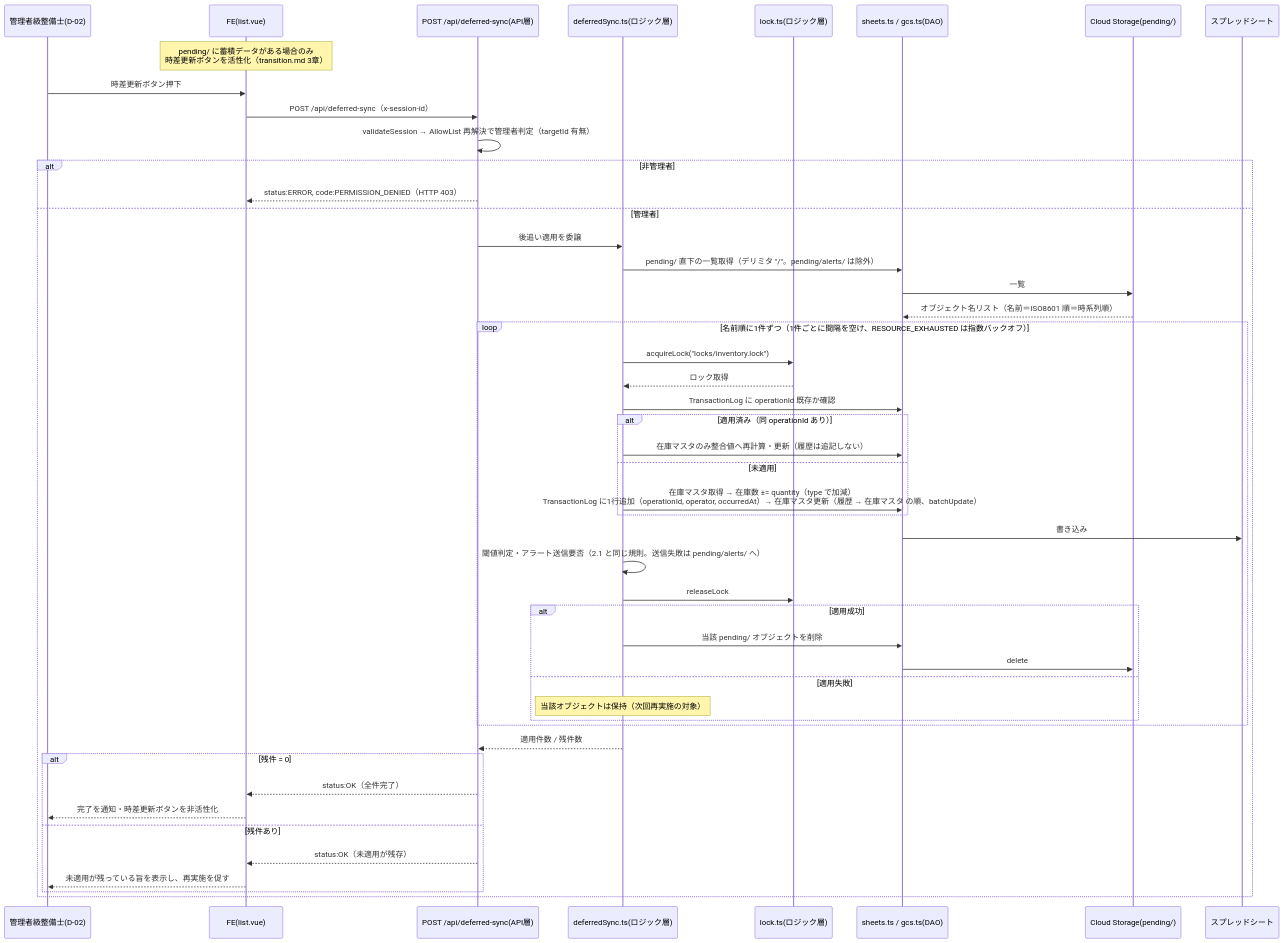
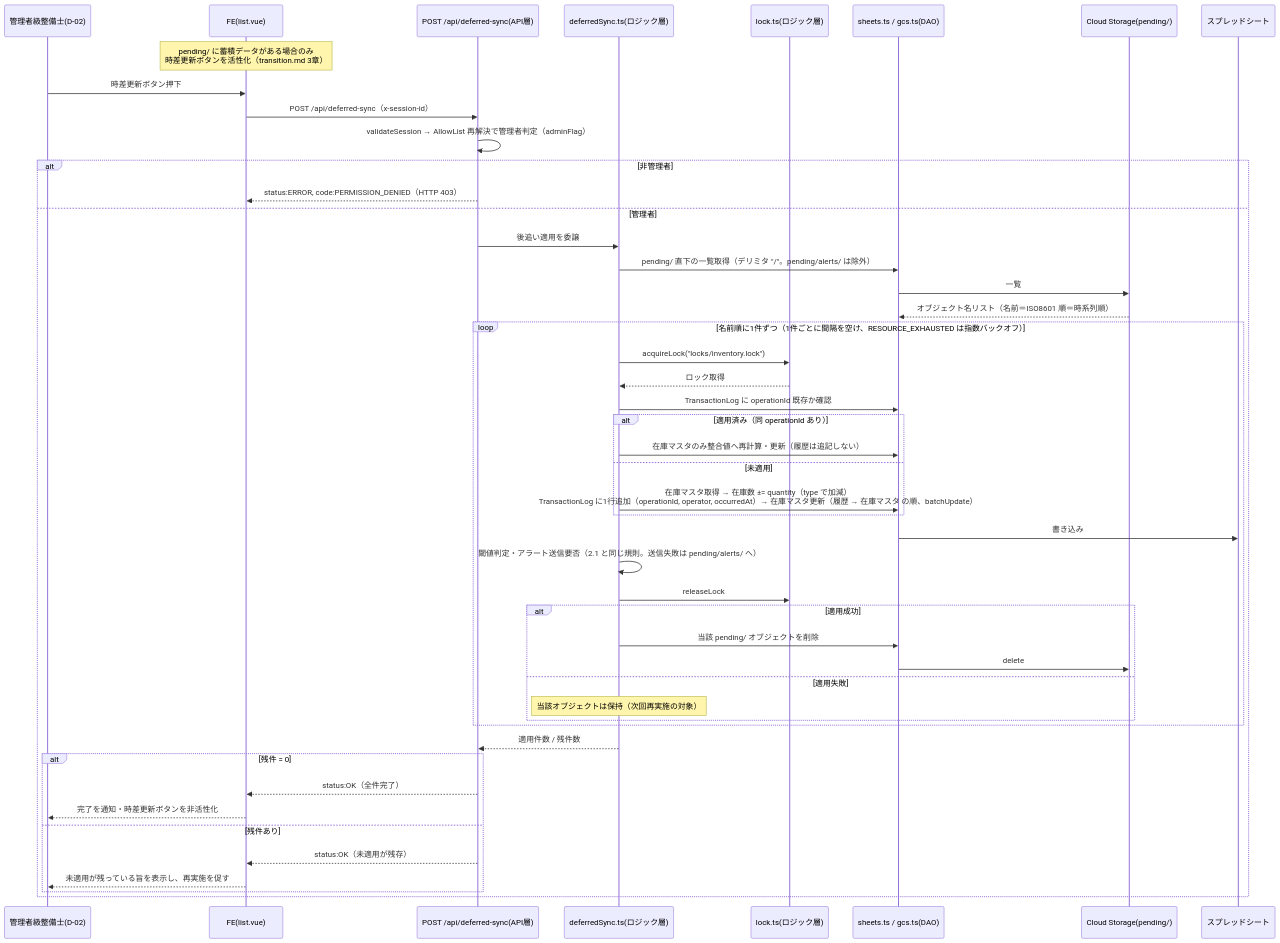
The fourth of 6 diagrams in docs/architecture/sequence.md (shinichi-yoshida-16/inventory_system_v2), drawn with Mermaid before and after one commit. The commit also changed other lines of this file and 5 other files, not shown here.

````diff
--- a/docs/architecture/sequence.md
+++ b/docs/architecture/sequence.md
@@ -276,51 +276,51 @@
 ```mermaid
 sequenceDiagram
     participant Adm as 管理者級整備士(D-02)
     participant FE as FE(list.vue)
     participant API as POST /api/deferred-sync(API層)
     participant Sync as deferredSync.ts(ロジック層)
     participant Lock as lock.ts(ロジック層)
     participant DAO as sheets.ts / gcs.ts(DAO)
     participant GCS as Cloud Storage(pending/)
     participant SS as スプレッドシート
 
     Note over FE: pending/ に蓄積データがある場合のみ<br/>時差更新ボタンを活性化（transition.md 3章）
     Adm->>FE: 時差更新ボタン押下
     FE->>API: POST /api/deferred-sync（x-session-id）
-    API->>API: validateSession → AllowList 再解決で管理者判定（targetId 有無）
+    API->>API: validateSession → AllowList 再解決で管理者判定（adminFlag）
     alt 非管理者
         API-->>FE: status:ERROR, code:PERMISSION_DENIED（HTTP 403）
     else 管理者
         API->>Sync: 後追い適用を委譲
         Sync->>DAO: pending/ 直下の一覧取得（デリミタ "/"。pending/alerts/ は除外）
         DAO->>GCS: 一覧
         GCS-->>DAO: オブジェクト名リスト（名前＝ISO8601 順＝時系列順）
         loop 名前順に1件ずつ（1件ごとに間隔を空け、RESOURCE_EXHAUSTED は指数バックオフ）
             Sync->>Lock: acquireLock("locks/inventory.lock")
             Lock-->>Sync: ロック取得
             Sync->>DAO: TransactionLog に operationId 既存か確認
             alt 適用済み（同 operationId あり）
                 Sync->>DAO: 在庫マスタのみ整合値へ再計算・更新（履歴は追記しない）
             else 未適用
                 Sync->>DAO: 在庫マスタ取得 → 在庫数 ±= quantity（type で加減）<br/>TransactionLog に1行追加（operationId, operator, occurredAt）→ 在庫マスタ更新（履歴 → 在庫マスタ の順、batchUpdate）
             end
             DAO->>SS: 書き込み
             Sync->>Sync: 閾値判定・アラート送信要否（2.1 と同じ規則。送信失敗は pending/alerts/ へ）
             Sync->>Lock: releaseLock
             alt 適用成功
                 Sync->>DAO: 当該 pending/ オブジェクトを削除
                 DAO->>GCS: delete
             else 適用失敗
                 Note over Sync: 当該オブジェクトは保持（次回再実施の対象）
             end
         end
         Sync-->>API: 適用件数 / 残件数
         alt 残件 = 0
             API-->>FE: status:OK（全件完了）
             FE-->>Adm: 完了を通知・時差更新ボタンを非活性化
         else 残件あり
             API-->>FE: status:OK（未適用が残存）
             FE-->>Adm: 未適用が残っている旨を表示し、再実施を促す
         end
     end
 ```
````
